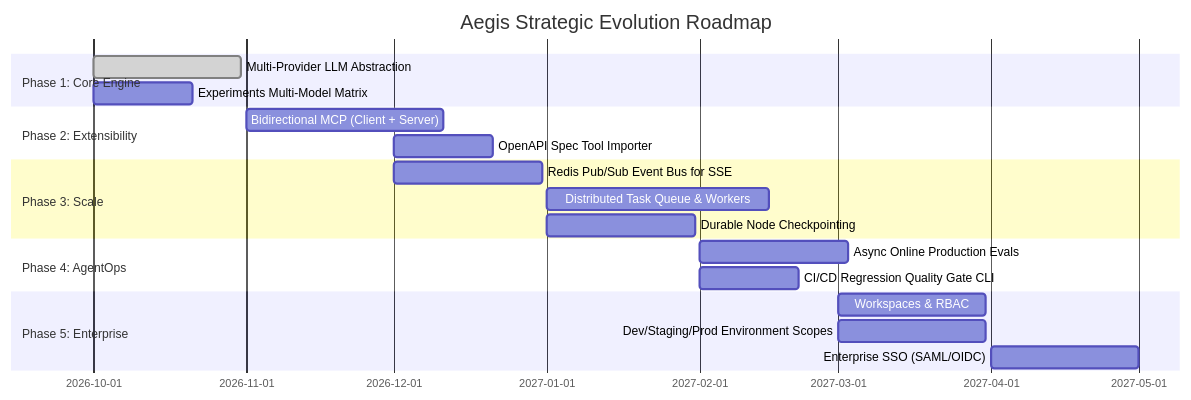
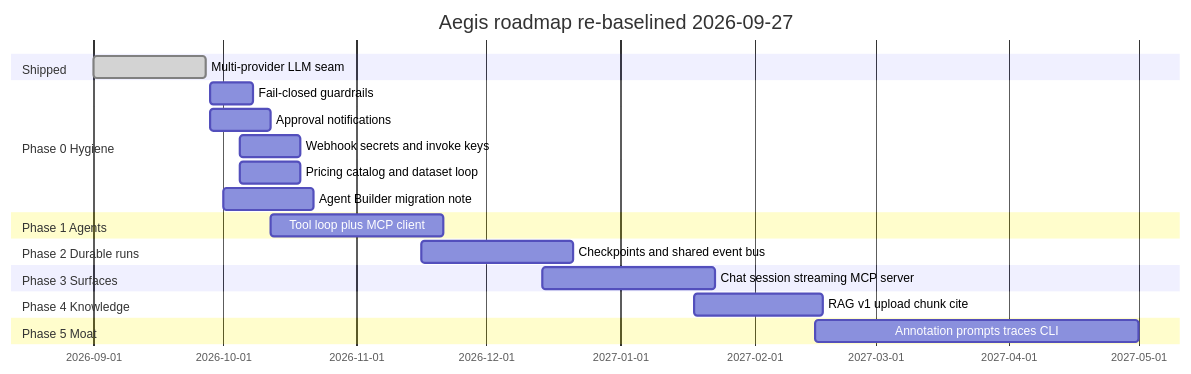
The diagram in FUTURE_PLAN.md (himanshu-nakrani/aegis), drawn with Mermaid before and after one commit. The commit also changed other lines of this file and 213 other files, not shown here.

First line of the commit message:
feat(rag-moat): Phase 4 RAG v1 + Phase 5 moat (8 items) (#85)

````diff
--- a/FUTURE_PLAN.md
+++ b/FUTURE_PLAN.md
@@ -81,22 +81,23 @@
 ```mermaid
 gantt
-    title Aegis Strategic Evolution Roadmap
-    dateFormat  YYYY-MM
-    section Phase 1: Core Engine
-    Multi-Provider LLM Abstraction       :done, p1_1, 2026-10, 30d
-    Experiments Multi-Model Matrix       :p1_2, 2026-10, 20d
-    section Phase 2: Extensibility
-    Bidirectional MCP (Client + Server)  :p2_1, 2026-11, 40d
-    OpenAPI Spec Tool Importer           :p2_2, 2026-12, 20d
-    section Phase 3: Scale
-    Redis Pub/Sub Event Bus for SSE      :p3_1, 2026-12, 30d
-    Distributed Task Queue & Workers     :p3_2, 2027-01, 45d
-    Durable Node Checkpointing           :p3_3, 2027-01, 30d
-    section Phase 4: AgentOps
-    Async Online Production Evals        :p4_1, 2027-02, 30d
-    CI/CD Regression Quality Gate CLI    :p4_2, 2027-02, 20d
-    section Phase 5: Enterprise
-    Workspaces & RBAC                    :p5_1, 2027-03, 30d
-    Dev/Staging/Prod Environment Scopes  :p5_2, 2027-03, 30d
-    Enterprise SSO (SAML/OIDC)           :p5_3, 2027-04, 30d
+    title Aegis roadmap re-baselined 2026-09-27
+    dateFormat  YYYY-MM-DD
+    section Shipped
+    Multi-provider LLM seam            :done, p0, 2026-09-01, 2026-09-27
+    section Phase 0 Hygiene
+    Fail-closed guardrails             :p0a, 2026-09-28, 10d
+    Approval notifications             :p0b, 2026-09-28, 14d
+    Webhook secrets and invoke keys    :p0c, 2026-10-05, 14d
+    Pricing catalog and dataset loop   :p0d, 2026-10-05, 14d
+    Agent Builder migration note       :p0e, 2026-10-01, 21d
+    section Phase 1 Agents
+    Tool loop plus MCP client          :p1, 2026-10-12, 40d
+    section Phase 2 Durable runs
+    Checkpoints and shared event bus   :p2, 2026-11-16, 35d
+    section Phase 3 Surfaces
+    Chat session streaming MCP server  :p3, 2026-12-14, 40d
+    section Phase 4 Knowledge
+    RAG v1 upload chunk cite           :p4, 2027-01-18, 30d
+    section Phase 5 Moat
+    Annotation prompts traces CLI      :p5, 2027-02-15, 75d
 ```
````
